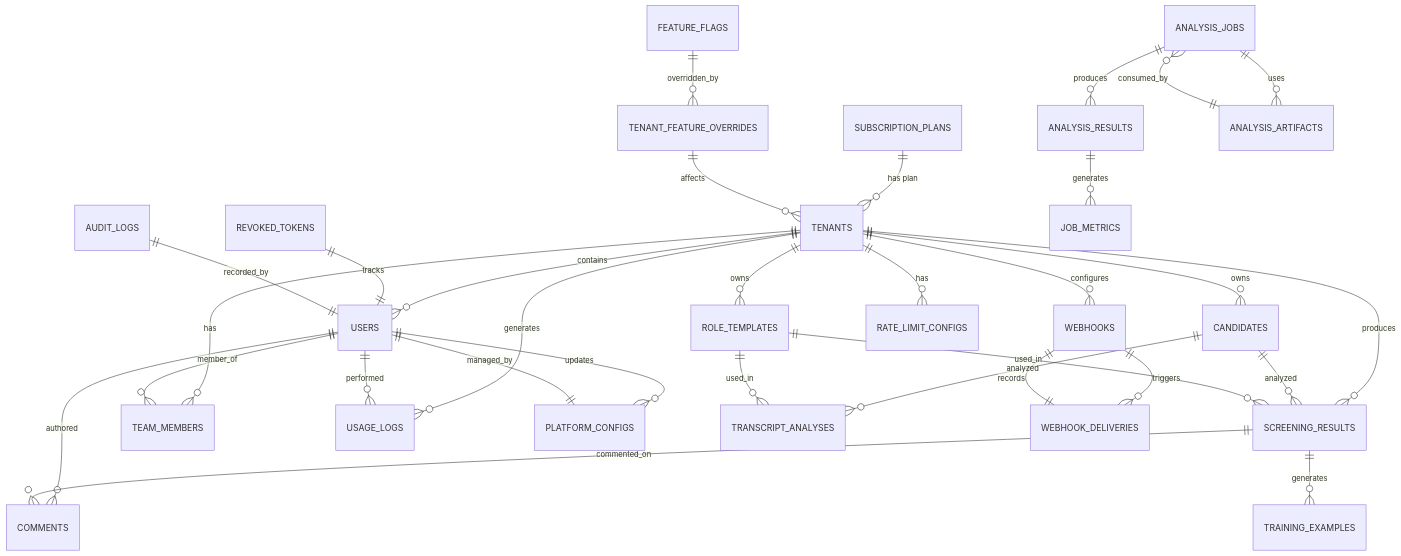
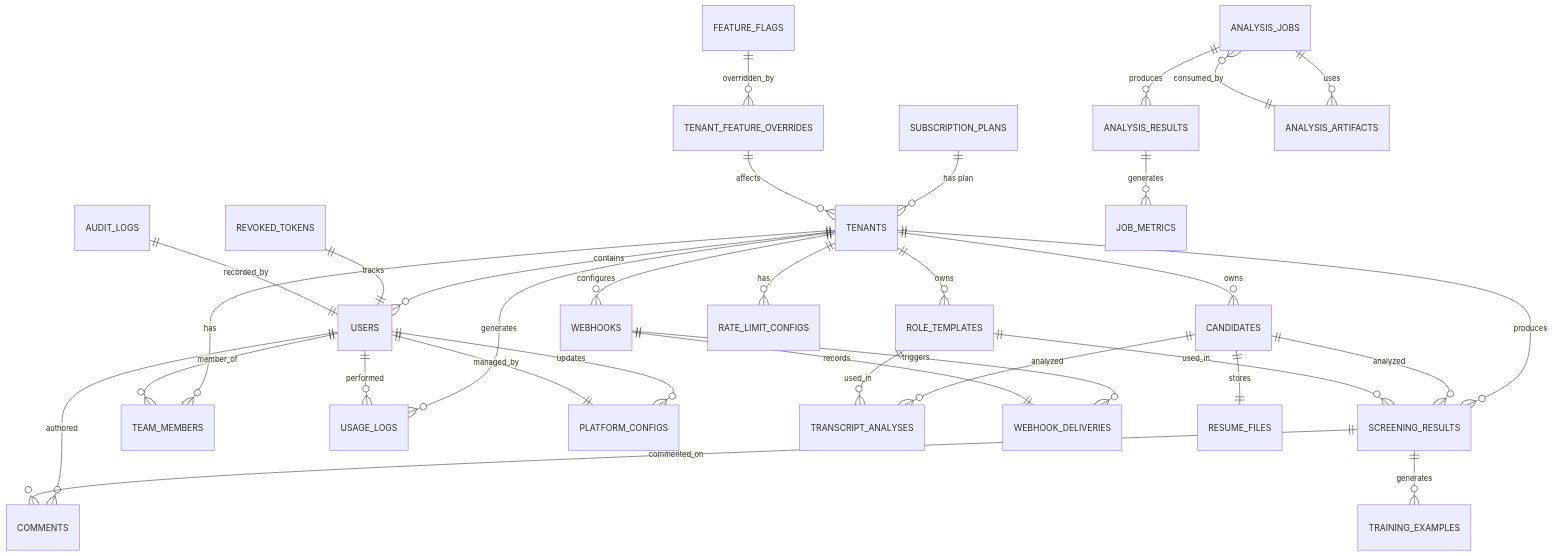
One commit to Revanththetalogics/aireume changed the second of 11 diagrams in .qoder/repowiki/en/content/Database Design/Database Design.md. Above: the diagram before and after it, drawn with Mermaid. The commit also changed other lines of this file and 7 other files, not shown here.

````diff
--- a/.qoder/repowiki/en/content/Database Design/Database Design.md
+++ b/.qoder/repowiki/en/content/Database Design/Database Design.md
@@ -216,33 +227,34 @@
 ```mermaid
 erDiagram
 SUBSCRIPTION_PLANS ||--o{ TENANTS : "has plan"
 TENANTS ||--o{ USERS : "contains"
 TENANTS ||--o{ CANDIDATES : "owns"
 TENANTS ||--o{ ROLE_TEMPLATES : "owns"
 TENANTS ||--o{ SCREENING_RESULTS : "produces"
 TENANTS ||--o{ TEAM_MEMBERS : "has"
 TENANTS ||--o{ USAGE_LOGS : "generates"
 TENANTS ||--o{ WEBHOOKS : "configures"
 TENANTS ||--o{ RATE_LIMIT_CONFIGS : "has"
 USERS ||--o{ TEAM_MEMBERS : "member_of"
 USERS ||--o{ COMMENTS : "authored"
 USERS ||--o{ USAGE_LOGS : "performed"
 USERS ||--o{ PLATFORM_CONFIGS : "updates"
 CANDIDATES ||--o{ SCREENING_RESULTS : "analyzed"
 CANDIDATES ||--o{ TRANSCRIPT_ANALYSES : "analyzed"
 ROLE_TEMPLATES ||--o{ SCREENING_RESULTS : "used_in"
 ROLE_TEMPLATES ||--o{ TRANSCRIPT_ANALYSES : "used_in"
 SCREENING_RESULTS ||--o{ COMMENTS : "commented_on"
 SCREENING_RESULTS ||--o{ TRAINING_EXAMPLES : "generates"
 REVOKED_TOKENS ||--|| USERS : "tracks"
 AUDIT_LOGS ||--|| USERS : "recorded_by"
 FEATURE_FLAGS ||--o{ TENANT_FEATURE_OVERRIDES : "overridden_by"
 TENANT_FEATURE_OVERRIDES ||--o{ TENANTS : "affects"
 WEBHOOKS ||--o{ WEBHOOK_DELIVERIES : "triggers"
 WEBHOOK_DELIVERIES ||--|| WEBHOOKS : "records"
 PLATFORM_CONFIGS ||--|| USERS : "managed_by"
 ANALYSIS_JOBS ||--o{ ANALYSIS_RESULTS : "produces"
 ANALYSIS_JOBS ||--o{ ANALYSIS_ARTIFACTS : "uses"
 ANALYSIS_RESULTS ||--o{ JOB_METRICS : "generates"
 ANALYSIS_ARTIFACTS ||--o{ ANALYSIS_JOBS : "consumed_by"
+CANDIDATES ||--|| RESUME_FILES : "stores"
 ```
````
